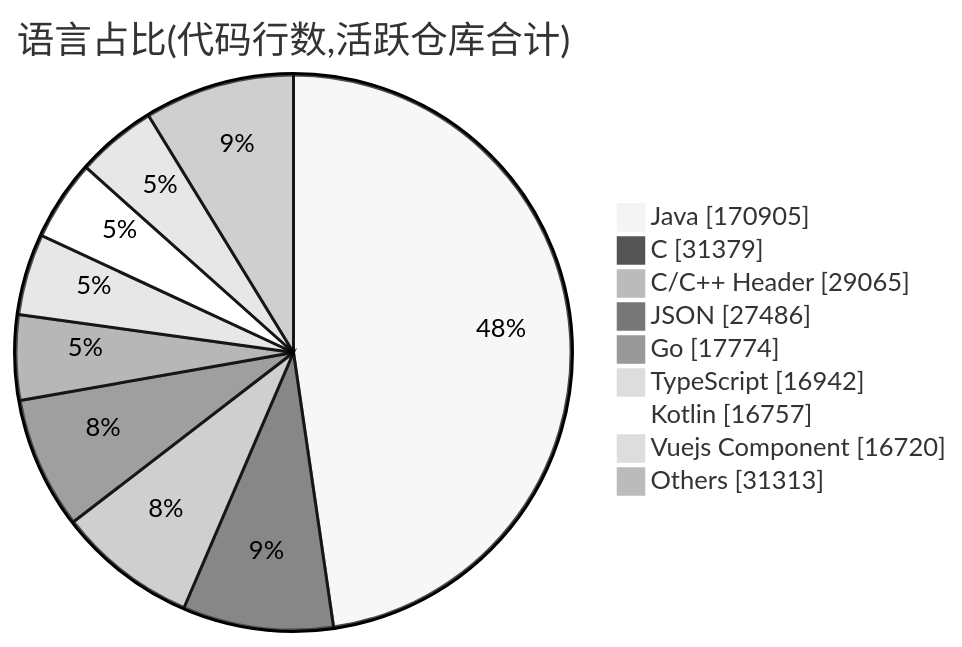
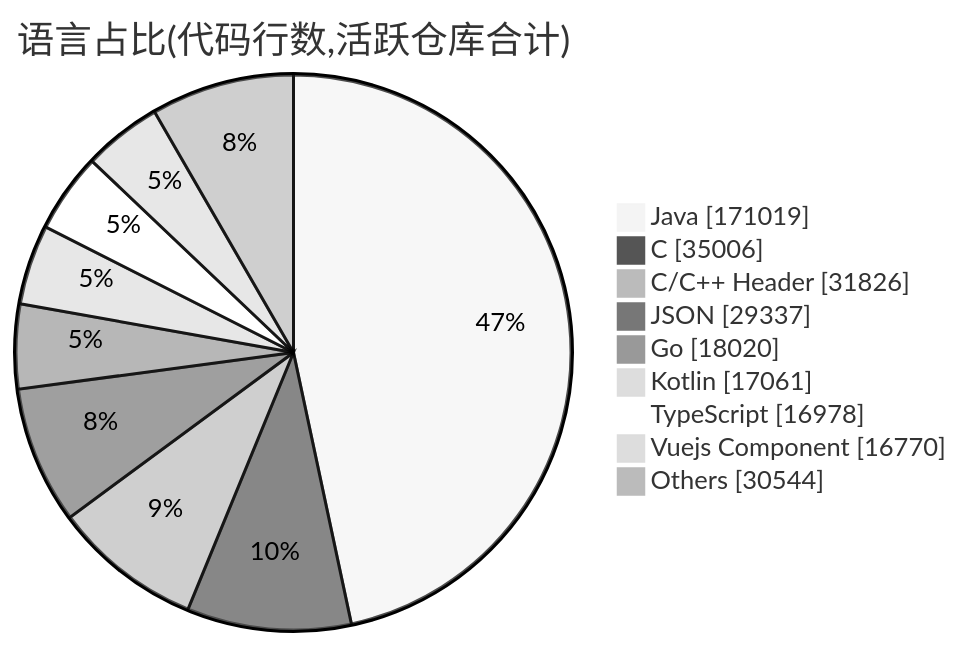
Before and after one commit to Conflux-Union/.github: the second of 2 diagrams in profile/README.md, drawn with Mermaid (neutral theme). The commit also changed other lines of this file and 1 other file, not shown here.

````diff
--- a/profile/README.md
+++ b/profile/README.md
@@ -78,13 +79,13 @@
 ```mermaid
 pie showData
     title 语言占比(代码行数,活跃仓库合计)
-    "Java" : 170905
-    "C" : 31379
-    "C/C++ Header" : 29065
-    "JSON" : 27486
-    "Go" : 17774
-    "TypeScript" : 16942
-    "Kotlin" : 16757
-    "Vuejs Component" : 16720
-    "Others" : 31313
+    "Java" : 171019
+    "C" : 35006
+    "C/C++ Header" : 31826
+    "JSON" : 29337
+    "Go" : 18020
+    "Kotlin" : 17061
+    "TypeScript" : 16978
+    "Vuejs Component" : 16770
+    "Others" : 30544
 ```
````
